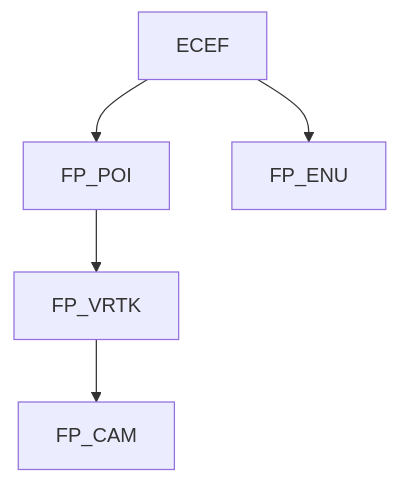
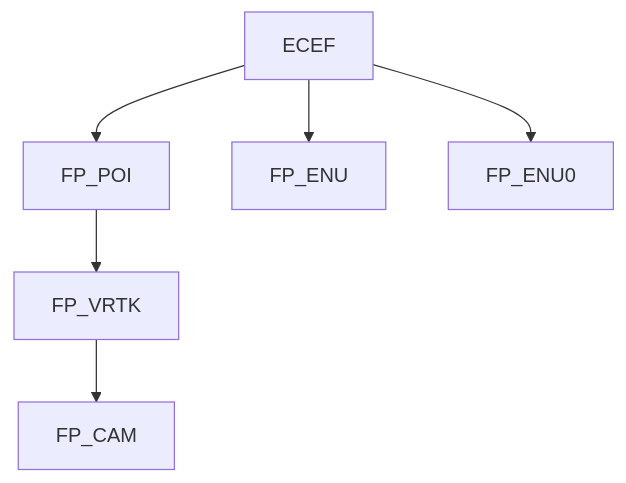
One commit to fixposition/fixposition_driver changed the diagram in README.md. Above: the diagram before and after it, drawn with Mermaid. The commit also changed other lines of this file and 3 other files, not shown here.

````diff
--- a/README.md
+++ b/README.md
@@ -105,5 +105,6 @@
    ```mermaid
    graph TD;
    ECEF-->FP_POI-->FP_VRTK-->FP_CAM
    ECEF-->FP_ENU
+   ECEF-->FP_ENU0
    ```
````
